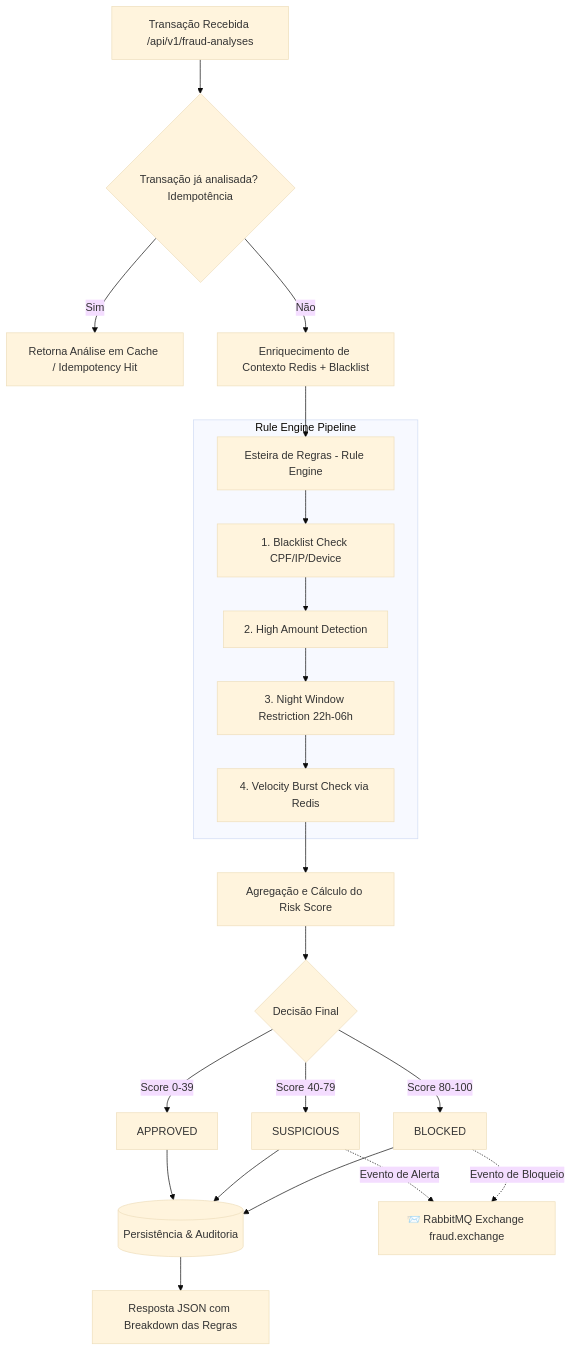
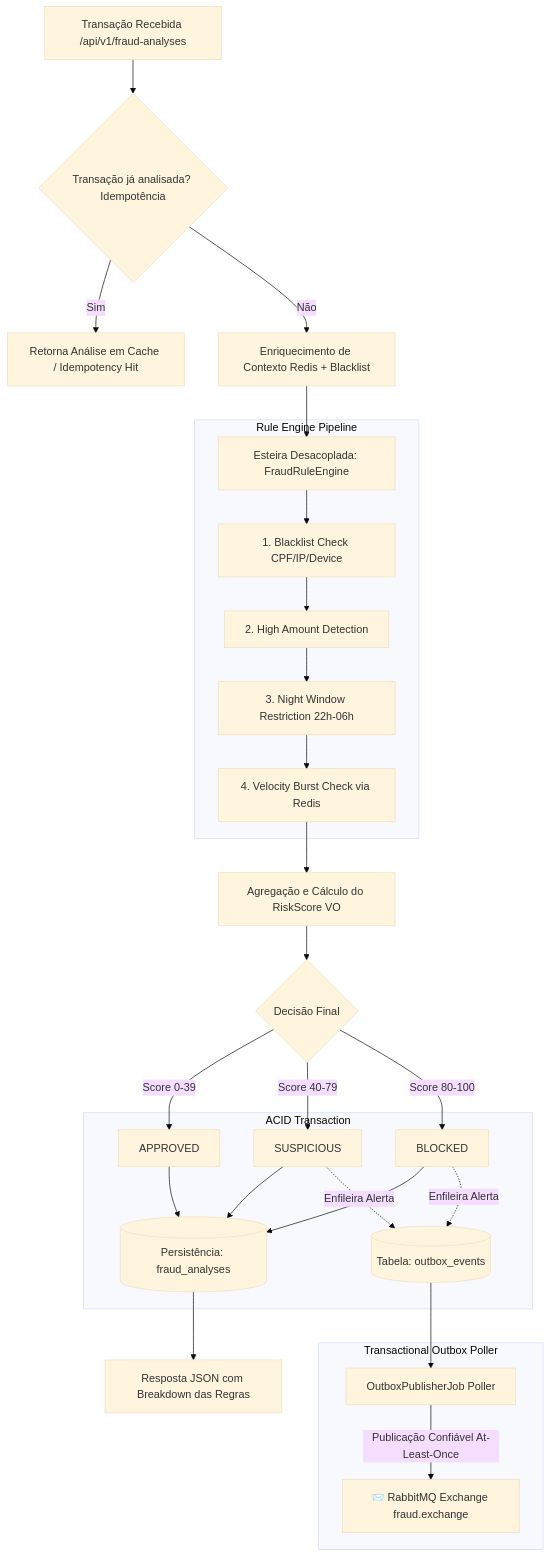
Before and after one commit to FelipeGardenghiDev/fraud-detection-api: the diagram in README.md, drawn with Mermaid (base theme). The commit also changed other lines of this file, not shown here.

Commit message:
docs: update architecture, diagrams, and README with Outbox, DDD, and Terraform

````diff
--- a/README.md
+++ b/README.md
@@ -42,31 +48,37 @@
 ```mermaid
 flowchart TD
     A[Transação Recebida /api/v1/fraud-analyses] --> IDEM{Transação já analisada? Idempotência}
     IDEM -->|Sim| RET[Retorna Análise em Cache / Idempotency Hit]
     IDEM -->|Não| B[Enriquecimento de Contexto Redis + Blacklist]
     
-    B --> C[Esteira de Regras - Rule Engine]
+    B --> C[Esteira Desacoplada: FraudRuleEngine]
     
     subgraph Rule Engine Pipeline
         C --> R1[1. Blacklist Check CPF/IP/Device]
         R1 --> R2[2. High Amount Detection]
         R2 --> R3[3. Night Window Restriction 22h-06h]
         R3 --> R4[4. Velocity Burst Check via Redis]
     end
     
-    R4 --> D[Agregação e Cálculo do Risk Score]
+    R4 --> D[Agregação e Cálculo do RiskScore VO]
     D --> E{Decisão Final}
     
     E -->|Score 0-39| F[APPROVED]
     E -->|Score 40-79| G[SUSPICIOUS]
     E -->|Score 80-100| H[BLOCKED]
     
-    F --> I[(Persistência & Auditoria)]
-    G --> I
-    H --> I
+    subgraph ACID Transaction
+        F --> DB[(Persistência: fraud_analyses)]
+        G --> DB
+        H --> DB
+        G -.->|Enfileira Alerta| OUTBOX[(Tabela: outbox_events)]
+        H -.->|Enfileira Alerta| OUTBOX
+    end
     
-    G -.->|Evento de Alerta| RMQ[📨 RabbitMQ Exchange fraud.exchange]
-    H -.->|Evento de Bloqueio| RMQ
+    subgraph Transactional Outbox Poller
+        OUTBOX --> JOB[OutboxPublisherJob Poller]
+        JOB -->|Publicação Confiável At-Least-Once| RMQ[📨 RabbitMQ Exchange fraud.exchange]
+    end
     
-    I --> J[Resposta JSON com Breakdown das Regras]
+    DB --> J[Resposta JSON com Breakdown das Regras]
 ```
````
